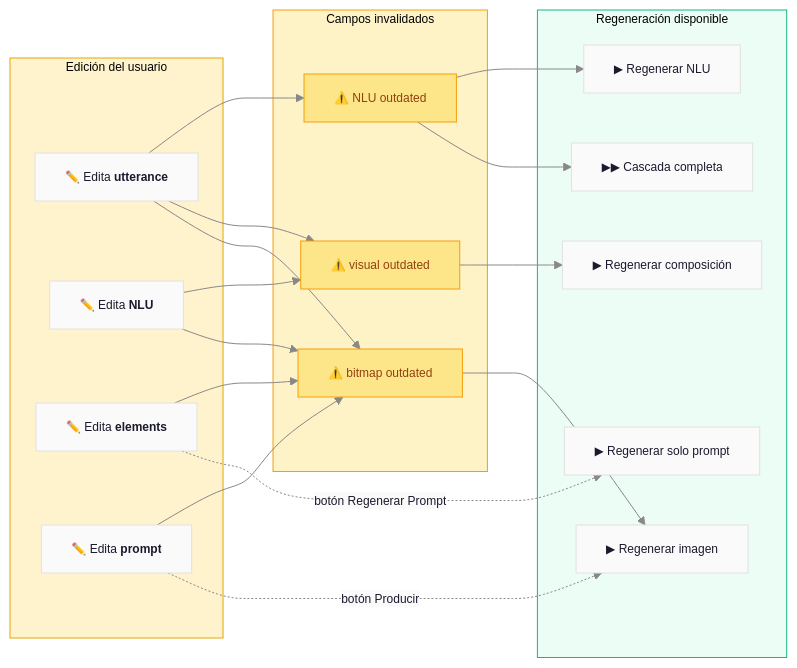
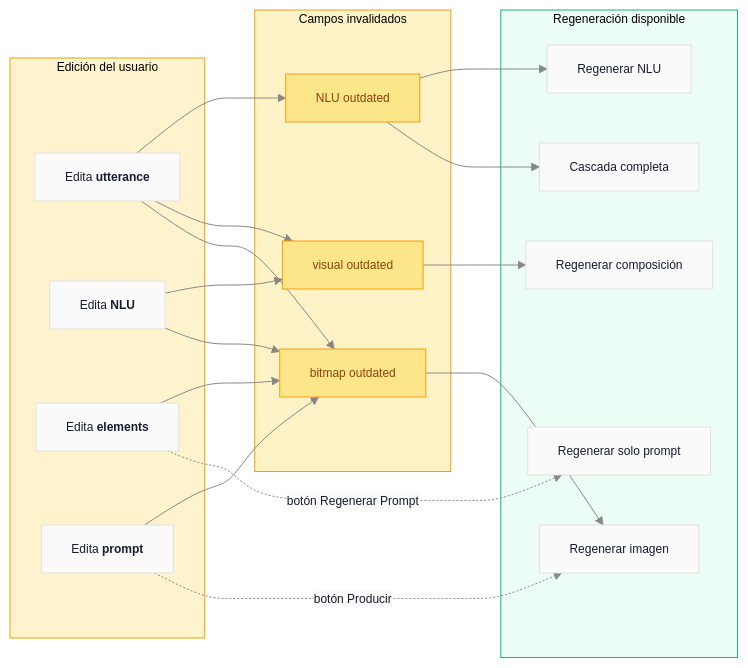
Before and after one commit to mediafranca/pictos-net: the second of 2 diagrams in README.md, drawn with Mermaid. The commit also changed other lines of this file and 11 other files, not shown here.

````diff
--- a/README.md
+++ b/README.md
@@ -197,61 +197,61 @@
 ```mermaid
 %%{init: {
   'theme': 'base',
   'themeVariables': {
     'primaryColor': '#fafafa',
     'primaryTextColor': '#1a1a2e',
     'lineColor': '#888',
     'fontSize': '12px',
     'fontFamily': 'Lexend, system-ui, sans-serif'
   },
   'flowchart': { 'curve': 'basis' }
 }}%%
 flowchart LR
     subgraph EDIT["Edición del usuario"]
-        e1["✏️ Edita <b>utterance</b>"]
-        e2["✏️ Edita <b>NLU</b>"]
-        e3["✏️ Edita <b>elements</b>"]
-        e4["✏️ Edita <b>prompt</b>"]
+        e1["Edita <b>utterance</b>"]
+        e2["Edita <b>NLU</b>"]
+        e3["Edita <b>elements</b>"]
+        e4["Edita <b>prompt</b>"]
     end
 
     subgraph INVALIDATION["Campos invalidados"]
-        nlu_out["⚠️ NLU outdated"]
-        vis_out["⚠️ visual outdated"]
-        bmp_out["⚠️ bitmap outdated"]
+        nlu_out["NLU outdated"]
+        vis_out["visual outdated"]
+        bmp_out["bitmap outdated"]
     end
 
     subgraph REGEN["Regeneración disponible"]
-        r1["▶ Regenerar NLU"]
-        r2["▶ Regenerar composición"]
-        r2b["▶ Regenerar solo prompt"]
-        r3["▶ Regenerar imagen"]
-        r_all["▶▶ Cascada completa"]
+        r1["Regenerar NLU"]
+        r2["Regenerar composición"]
+        r2b["Regenerar solo prompt"]
+        r3["Regenerar imagen"]
+        r_all["Cascada completa"]
     end
 
     e1 --> nlu_out
     e1 --> vis_out
     e1 --> bmp_out
 
     e2 --> vis_out
     e2 --> bmp_out
 
     e3 --> bmp_out
     e3 -.->|"botón Regenerar Prompt"| r2b
 
     e4 --> bmp_out
     e4 -.->|"botón Producir"| r3
 
     nlu_out --> r1
     vis_out --> r2
     bmp_out --> r3
 
     nlu_out --> r_all
 
     style EDIT fill:#fff3cd,stroke:#e6a800
     style INVALIDATION fill:#fef3c7,stroke:#f59e0b
     style REGEN fill:#ecfdf5,stroke:#10b981
 
     style nlu_out fill:#fde68a,stroke:#f59e0b,color:#92400e
     style vis_out fill:#fde68a,stroke:#f59e0b,color:#92400e
     style bmp_out fill:#fde68a,stroke:#f59e0b,color:#92400e
 ```
````
